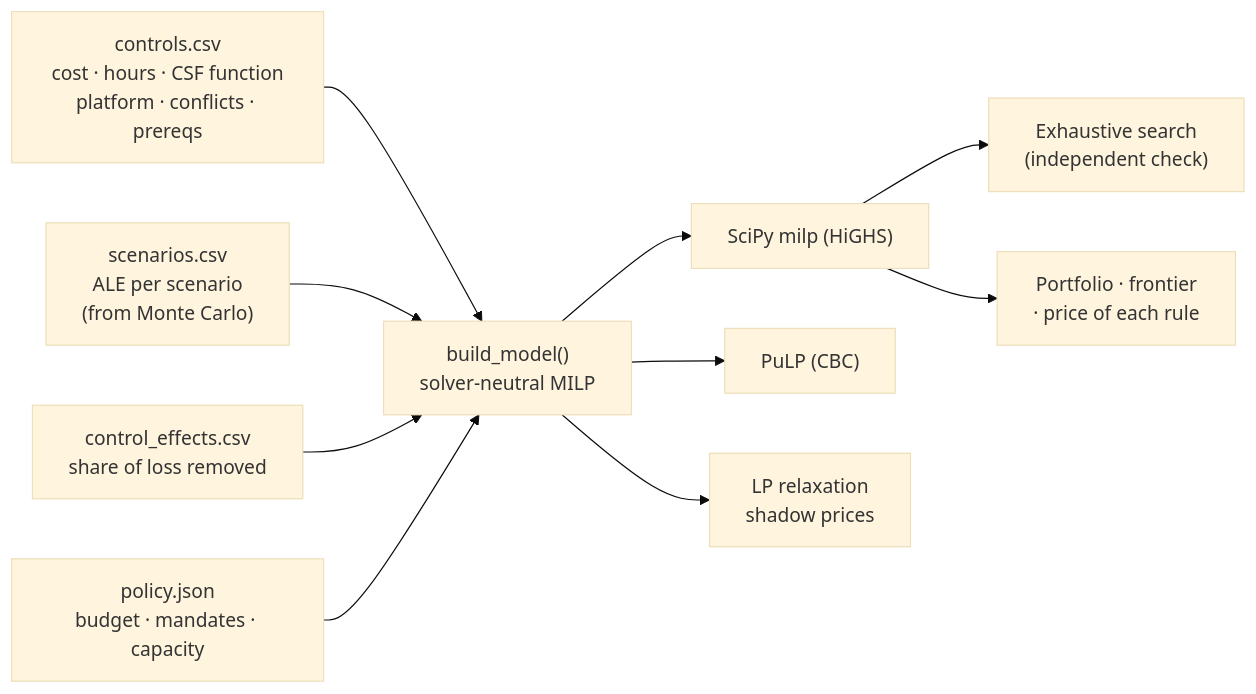
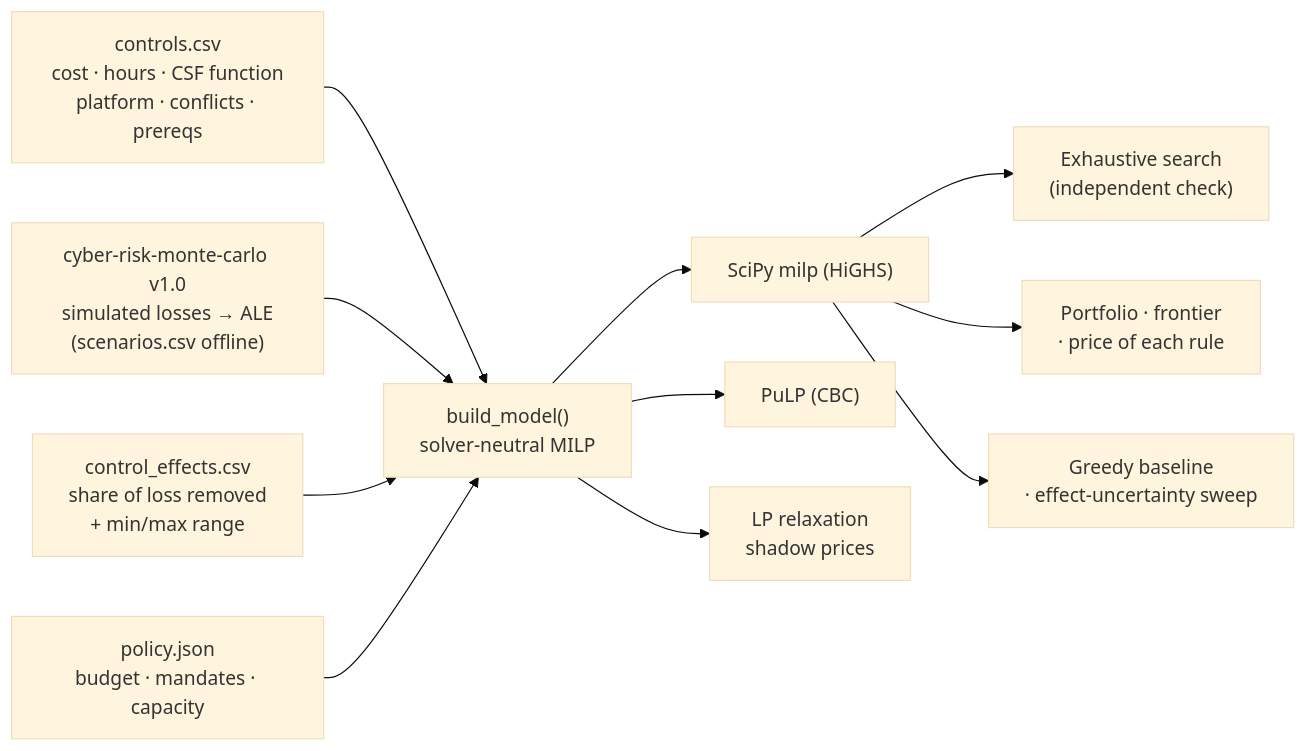
Before and after one commit to casildata/security-budget-optimizer: the diagram in README.md, drawn with Mermaid (base theme). The commit also changed other lines of this file and 16 other files, not shown here.

First line of the commit message:
Align inputs with cyber-risk; add robustness sweep, baseline, CI

````diff
--- a/README.md
+++ b/README.md
@@ -29,12 +31,13 @@
 ```mermaid
 flowchart LR
     A["controls.csv<br/>cost · hours · CSF function<br/>platform · conflicts · prereqs"] --> M
-    B["scenarios.csv<br/>ALE per scenario<br/>(from Monte Carlo)"] --> M
-    C["control_effects.csv<br/>share of loss removed"] --> M
+    B["cyber-risk-monte-carlo v1.0<br/>simulated losses → ALE<br/>(scenarios.csv offline)"] --> M
+    C["control_effects.csv<br/>share of loss removed<br/>+ min/max range"] --> M
     D["policy.json<br/>budget · mandates · capacity"] --> M
     M["build_model()<br/>solver-neutral MILP"] --> S1["SciPy milp (HiGHS)"]
     M --> S2["PuLP (CBC)"]
     M --> S3["LP relaxation<br/>shadow prices"]
     S1 --> V["Exhaustive search<br/>(independent check)"]
     S1 --> R["Portfolio · frontier<br/>· price of each rule"]
+    S1 --> G["Greedy baseline<br/>· effect-uncertainty sweep"]
 ```
````
